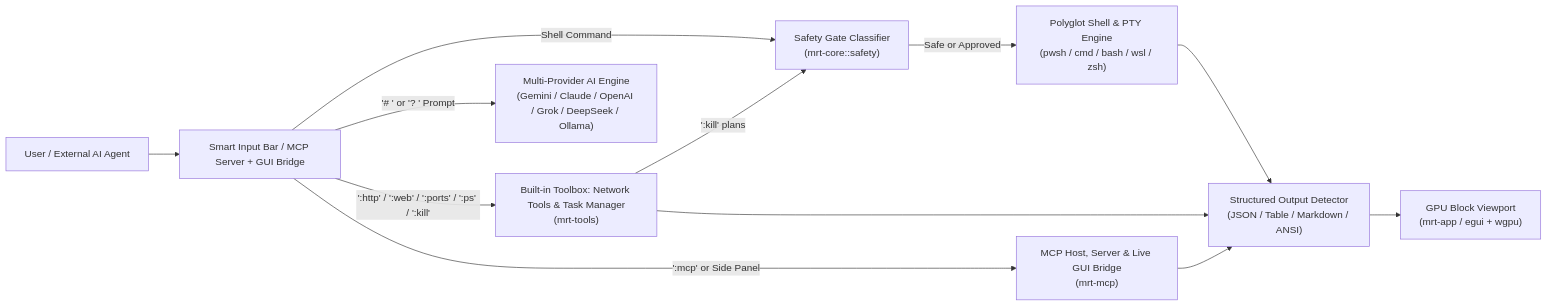
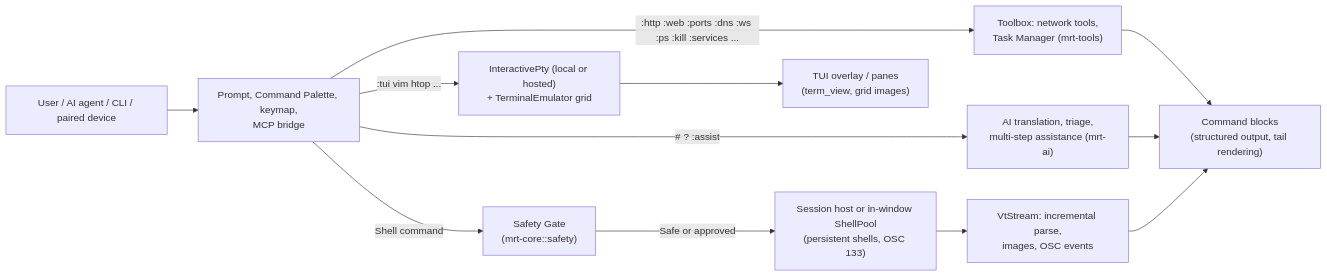
Before and after one commit to SieteCuatro/MRT: the second of 2 diagrams in docs/ARCHITECTURE.md, drawn with Mermaid. The commit also changed other lines of this file and 6 other files, not shown here.

````diff
--- a/docs/ARCHITECTURE.md
+++ b/docs/ARCHITECTURE.md
@@ -9,14 +36,14 @@
 ```mermaid
 flowchart LR
-    User["User / External AI Agent"] --> Input["Smart Input Bar / MCP Server + GUI Bridge"]
-    Input -->|Shell Command| Safety["Safety Gate Classifier\n(mrt-core::safety)"]
-    Safety -->|Safe or Approved| ShellExec["Polyglot Shell & PTY Engine\n(pwsh / cmd / bash / wsl / zsh)"]
-    Input -->|':http' / ':web' / ':ports' / ':ps' / ':kill'| NetTools["Built-in Toolbox: Network Tools & Task Manager\n(mrt-tools)"]
-    NetTools -->|':kill' plans| Safety
-    Input -->|'# ' or '? ' Prompt| AI["Multi-Provider AI Engine\n(Gemini / Claude / OpenAI / Grok / DeepSeek / Ollama)"]
-    Input -->|':mcp' or Side Panel| MCP["MCP Host, Server & Live GUI Bridge\n(mrt-mcp)"]
-    ShellExec --> Classifier["Structured Output Detector\n(JSON / Table / Markdown / ANSI)"]
-    NetTools --> Classifier
-    MCP --> Classifier
-    Classifier --> BlockUI["GPU Block Viewport\n(mrt-app / egui + wgpu)"]
+    User["User / AI agent / CLI / paired device"] --> Input["Prompt, Command Palette, keymap,\nMCP bridge"]
+    Input -->|Shell command| Safety["Safety Gate\n(mrt-core::safety)"]
+    Safety -->|Safe or approved| Host["Session host or in-window ShellPool\n(persistent shells, OSC 133)"]
+    Input -->|":http :web :ports :dns :ws :ps :kill :services ..."| Tools["Toolbox: network tools,\nTask Manager (mrt-tools)"]
+    Input -->|"# ? :assist"| AI["AI translation, triage,\nmulti-step assistance (mrt-ai)"]
+    Input -->|":tui vim htop ..."| PTY["InteractivePty (local or hosted)\n+ TerminalEmulator grid"]
+    Host --> Stream["VtStream: incremental parse,\nimages, OSC events"]
+    Tools --> Blocks
+    AI --> Blocks
+    Stream --> Blocks["Command blocks\n(structured output, tail rendering)"]
+    PTY --> Grid["TUI overlay / panes\n(term_view, grid images)"]
 ```
````
